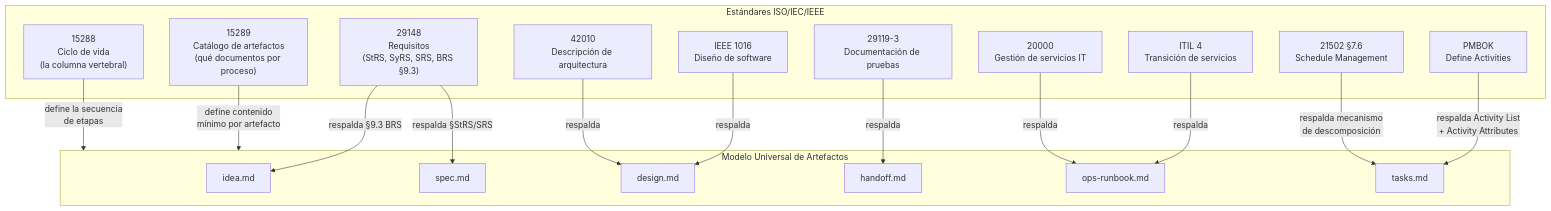
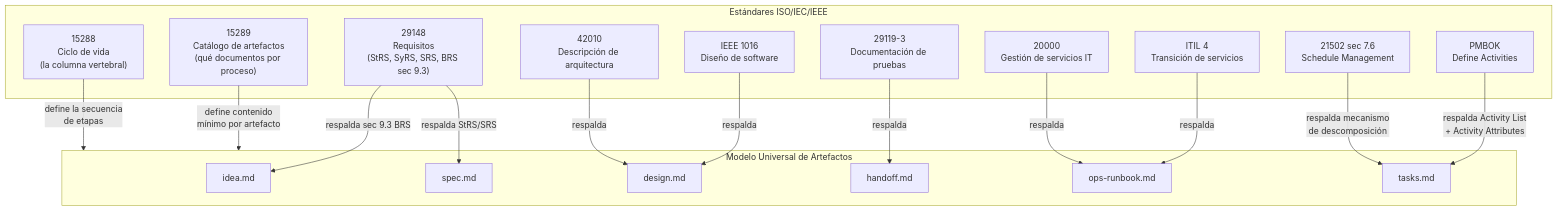
Before and after one commit to virgenherrera/idea-to-mvp: the first of 19 diagrams in docs/artifact-model.md, drawn with Mermaid. The commit also changed other lines of this file and 6 other files, not shown here.

````diff
--- a/docs/artifact-model.md
+++ b/docs/artifact-model.md
@@ -35,36 +35,36 @@
 ```mermaid
 flowchart TD
     subgraph STANDARDS["Estándares ISO/IEC/IEEE"]
         ISO15288["15288\nCiclo de vida\n(la columna vertebral)"]
         ISO15289["15289\nCatálogo de artefactos\n(qué documentos por proceso)"]
-        ISO29148["29148\nRequisitos\n(StRS, SyRS, SRS, BRS §9.3)"]
+        ISO29148["29148\nRequisitos\n(StRS, SyRS, SRS, BRS sec 9.3)"]
         ISO42010["42010\nDescripción de arquitectura"]
         IEEE1016["IEEE 1016\nDiseño de software"]
         ISO29119["29119-3\nDocumentación de pruebas"]
         ISO20000["20000\nGestión de servicios IT"]
         ITIL["ITIL 4\nTransición de servicios"]
-        ISO21502["21502 §7.6\nSchedule Management"]
+        ISO21502["21502 sec 7.6\nSchedule Management"]
         PMBOK_DA["PMBOK\nDefine Activities"]
     end
 
     subgraph MODEL["Modelo Universal de Artefactos"]
         IDEA["idea.md"]
         SPEC["spec.md"]
         DESIGN["design.md"]
         TASKS["tasks.md"]
         HANDOFF["handoff.md"]
         OPS["ops-runbook.md"]
     end
 
     ISO15288 -->|"define la secuencia\nde etapas"| MODEL
     ISO15289 -->|"define contenido\nmínimo por artefacto"| MODEL
-    ISO29148 -->|"respalda §9.3 BRS"| IDEA
-    ISO29148 -->|"respalda §StRS/SRS"| SPEC
+    ISO29148 -->|"respalda sec 9.3 BRS"| IDEA
+    ISO29148 -->|"respalda StRS/SRS"| SPEC
     ISO42010 -->|"respalda"| DESIGN
     IEEE1016 -->|"respalda"| DESIGN
     ISO21502 -->|"respalda mecanismo\nde descomposición"| TASKS
     PMBOK_DA -->|"respalda Activity List\n+ Activity Attributes"| TASKS
     ISO29119 -->|"respalda"| HANDOFF
     ISO20000 -->|"respalda"| OPS
     ITIL -->|"respalda"| OPS
 ```
````
